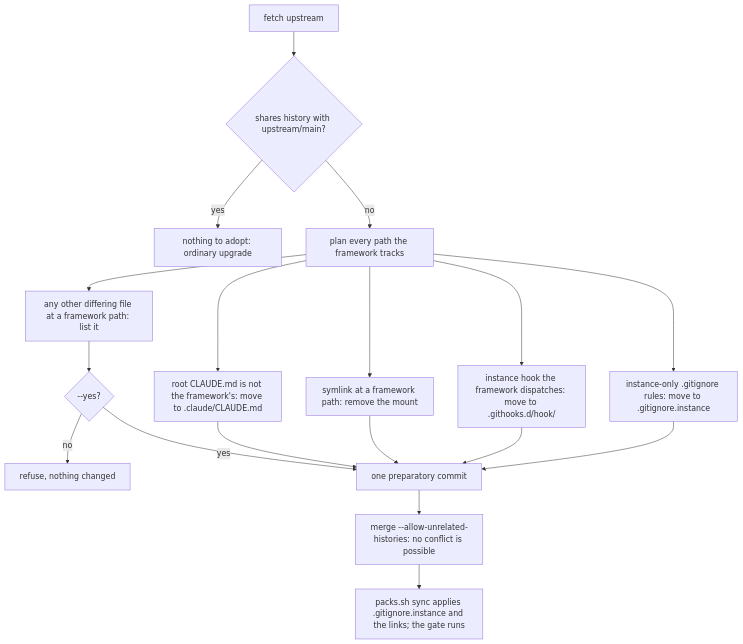
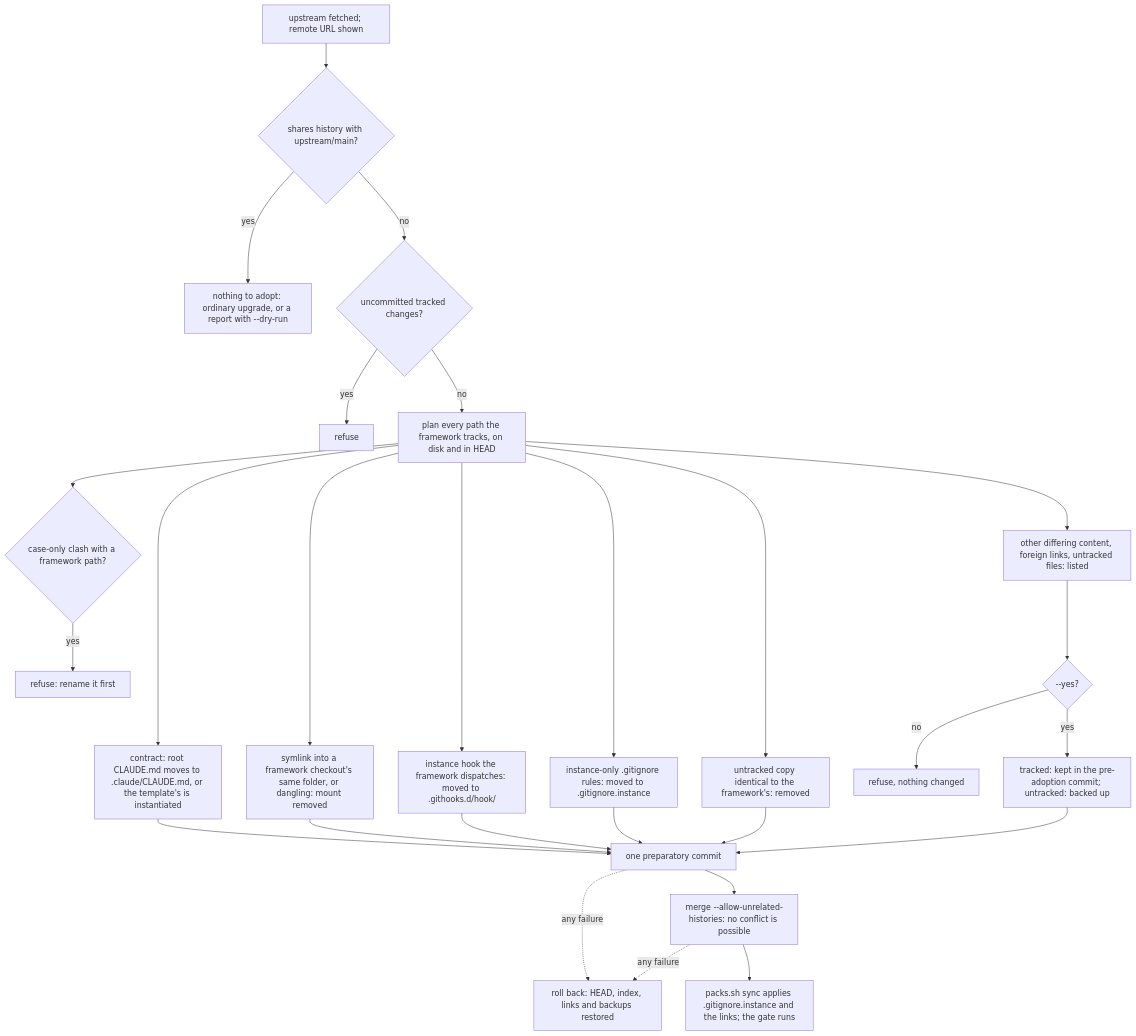
Before and after one commit to meta-agentic/meta-os: the diagram in systems/distribution.md, drawn with Mermaid. The commit also changed other lines of this file and 9 other files, not shown here.

````diff
--- a/systems/distribution.md
+++ b/systems/distribution.md
@@ -122,17 +127,24 @@
 ```mermaid
 flowchart TD
-    A[fetch upstream] --> B{shares history with upstream/main?}
-    B -- yes --> U[nothing to adopt: ordinary upgrade]
-    B -- no --> P[plan every path the framework tracks]
-    P --> C[root CLAUDE.md is not the framework's: move to .claude/CLAUDE.md]
-    P --> M[symlink at a framework path: remove the mount]
-    P --> H[instance hook the framework dispatches: move to .githooks.d/hook/]
-    P --> I[instance-only .gitignore rules: move to .gitignore.instance]
-    P --> R[any other differing file at a framework path: list it]
+    A[upstream fetched; remote URL shown] --> B{shares history with upstream/main?}
+    B -- yes --> U[nothing to adopt: ordinary upgrade, or a report with --dry-run]
+    B -- no --> D{uncommitted tracked changes?}
+    D -- yes --> X0[refuse]
+    D -- no --> P[plan every path the framework tracks, on disk and in HEAD]
+    P --> C[contract: root CLAUDE.md moves to .claude/CLAUDE.md, or the template's is instantiated]
+    P --> M[symlink into a framework checkout's same folder, or dangling: mount removed]
+    P --> H[instance hook the framework dispatches: moved to .githooks.d/hook/]
+    P --> I[instance-only .gitignore rules: moved to .gitignore.instance]
+    P --> Z[untracked copy identical to the framework's: removed]
+    P --> Q{case-only clash with a framework path?}
+    Q -- yes --> X1[refuse: rename it first]
+    P --> R[other differing content, foreign links, untracked files: listed]
     R --> Y{--yes?}
-    Y -- no --> X[refuse, nothing changed]
-    Y -- yes --> K
-    C & M & H & I --> K[one preparatory commit]
+    Y -- no --> X2[refuse, nothing changed]
+    Y -- yes --> BK[tracked: kept in the pre-adoption commit; untracked: backed up]
+    C & M & H & I & Z & BK --> K[one preparatory commit]
     K --> G[merge --allow-unrelated-histories: no conflict is possible]
+    K -. any failure .-> RB[roll back: HEAD, index, links and backups restored]
+    G -. any failure .-> RB
     G --> S[packs.sh sync applies .gitignore.instance and the links; the gate runs]
 ```
````
